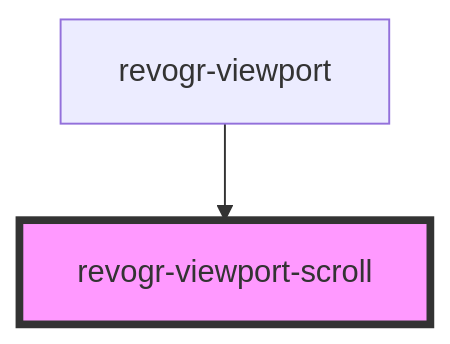
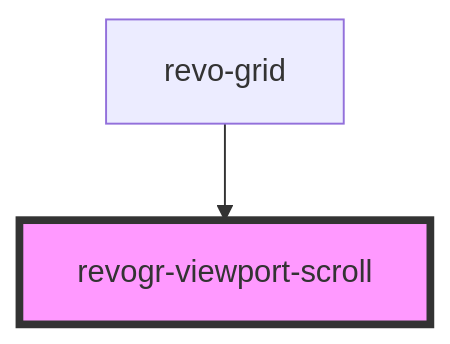
The diagram in src/components/scroll/readme.md (revolist/revogrid), drawn with Mermaid before and after one commit. The commit also changed other lines of this file and 41 other files, not shown here.

````diff
--- a/src/components/scroll/readme.md
+++ b/src/components/scroll/readme.md
@@ -52,5 +52,5 @@
 ```mermaid
 graph TD;
-  revogr-viewport --> revogr-viewport-scroll
+  revo-grid --> revogr-viewport-scroll
   style revogr-viewport-scroll fill:#f9f,stroke:#333,stroke-width:4px
 ```
````
